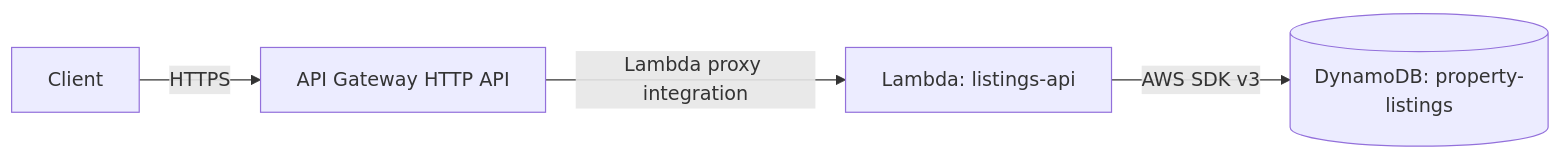
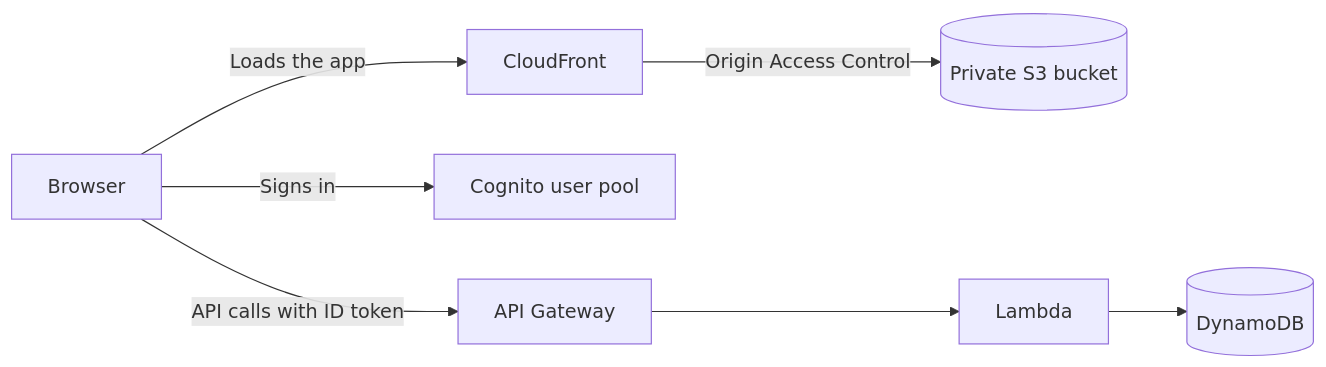
The diagram in README.md (KaTaBioDun/property-listings-api), drawn with Mermaid before and after one commit. The commit also changed other lines of this file, not shown here.

````diff
--- a/README.md
+++ b/README.md
@@ -18,6 +20,9 @@
 ```mermaid
 flowchart LR
-    C[Client] -- HTTPS --> A[API Gateway HTTP API]
-    A -- Lambda proxy integration --> L[Lambda: listings-api]
-    L -- AWS SDK v3 --> D[(DynamoDB: property-listings)]
+    B[Browser]
+    B -- "Loads the app" --> CF[CloudFront]
+    CF -- "Origin Access Control" --> S3[(Private S3 bucket)]
+    B -- "Signs in" --> CG[Cognito user pool]
+    B -- "API calls with ID token" --> AG[API Gateway]
+    AG --> L[Lambda] --> D[(DynamoDB)]
 ```
````
